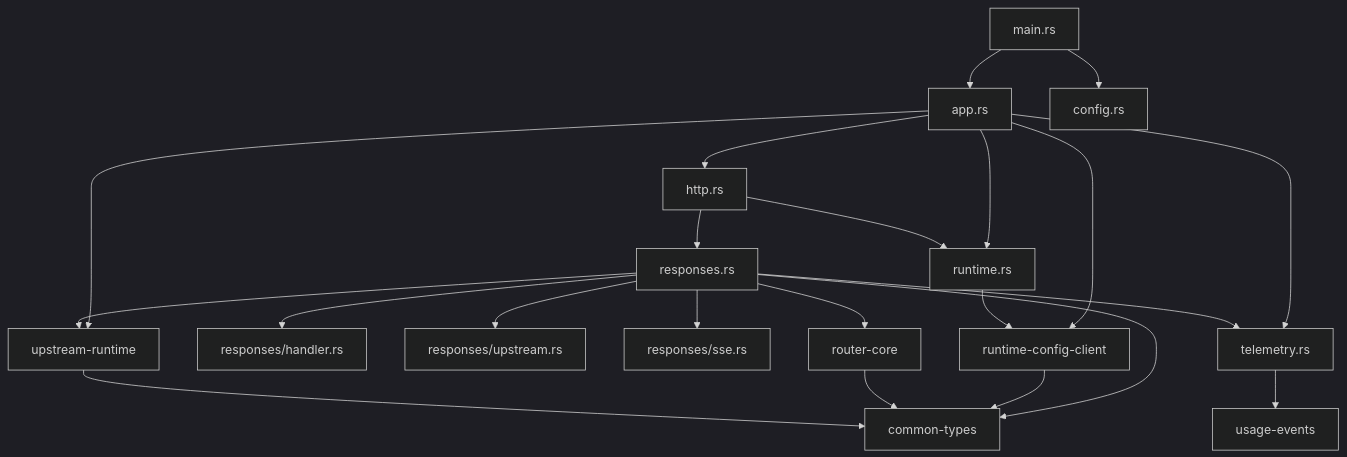
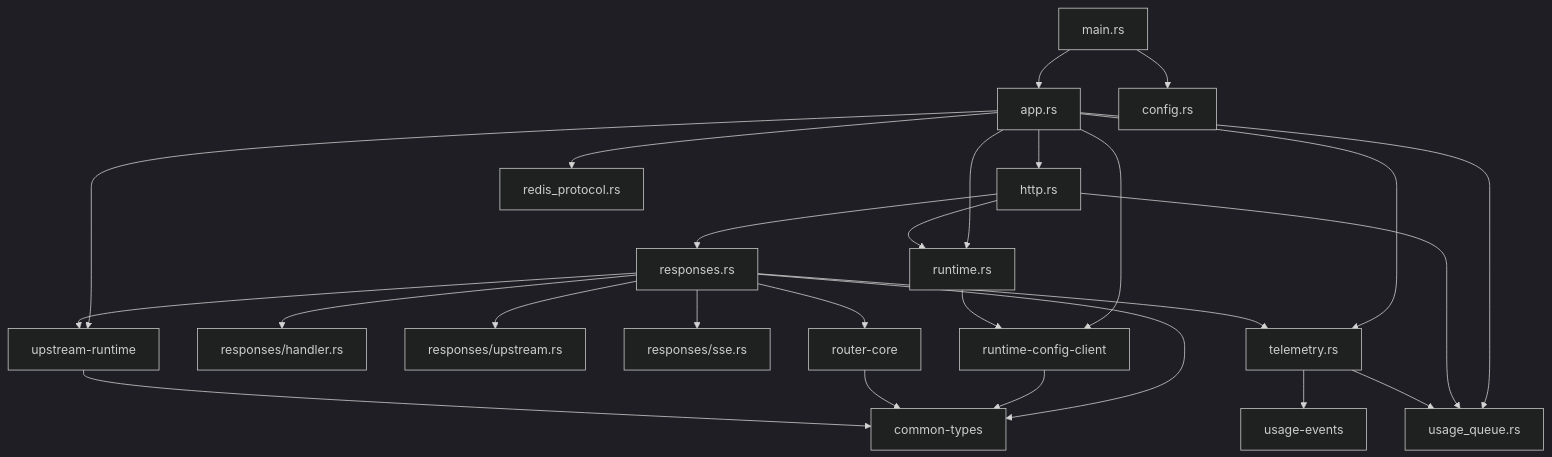
Before and after one commit to howard12358/OXCLIProxyAPI: the second of 7 diagrams in rust/cliproxy-data-plane/docs/current/当前架构说明.md, drawn with Mermaid (dark theme). The commit also changed other lines of this file and 25 other files, not shown here.

````diff
--- a/rust/cliproxy-data-plane/docs/current/当前架构说明.md
+++ b/rust/cliproxy-data-plane/docs/current/当前架构说明.md
@@ -61,40 +61,46 @@
 ```mermaid
 flowchart TD
     Main[main.rs]
     App[app.rs]
     Config[config.rs]
     Runtime[runtime.rs]
     Http[http.rs]
     Telemetry[telemetry.rs]
+    UsageQueue[usage_queue.rs]
+    RedisProtocol[redis_protocol.rs]
     Responses[responses.rs]
     ResponsesHandler[responses/handler.rs]
     ResponsesUpstream[responses/upstream.rs]
     ResponsesSse[responses/sse.rs]
     RCC[runtime-config-client]
     RouterCore[router-core]
     UpstreamRuntime[upstream-runtime]
     UsageEvents[usage-events]
     Common[common-types]
 
     Main --> Config
     Main --> App
     App --> Runtime
     App --> RCC
     App --> UpstreamRuntime
     App --> Http
     App --> Telemetry
+    App --> UsageQueue
+    App --> RedisProtocol
     Http --> Responses
     Http --> Runtime
+    Http --> UsageQueue
     Responses --> Telemetry
     Responses --> RouterCore
     Responses --> UpstreamRuntime
     Responses --> Common
     Responses --> ResponsesHandler
     Responses --> ResponsesUpstream
     Responses --> ResponsesSse
     Telemetry --> UsageEvents
+    Telemetry --> UsageQueue
     Runtime --> RCC
     RCC --> Common
     RouterCore --> Common
     UpstreamRuntime --> Common
 ```
````
